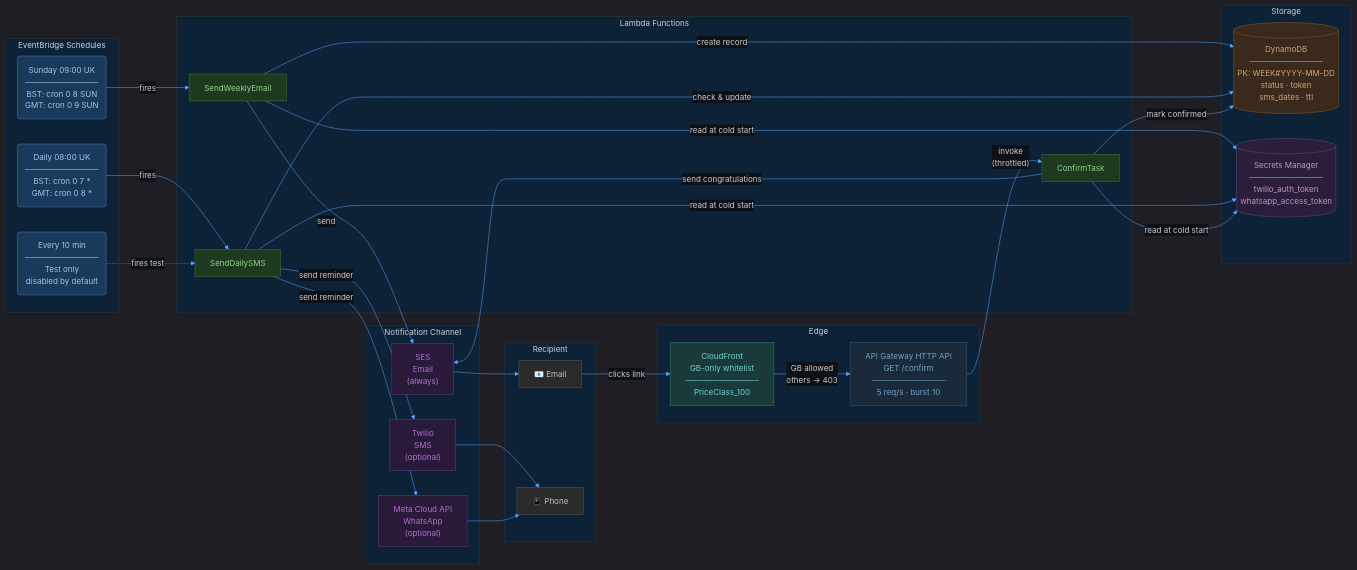
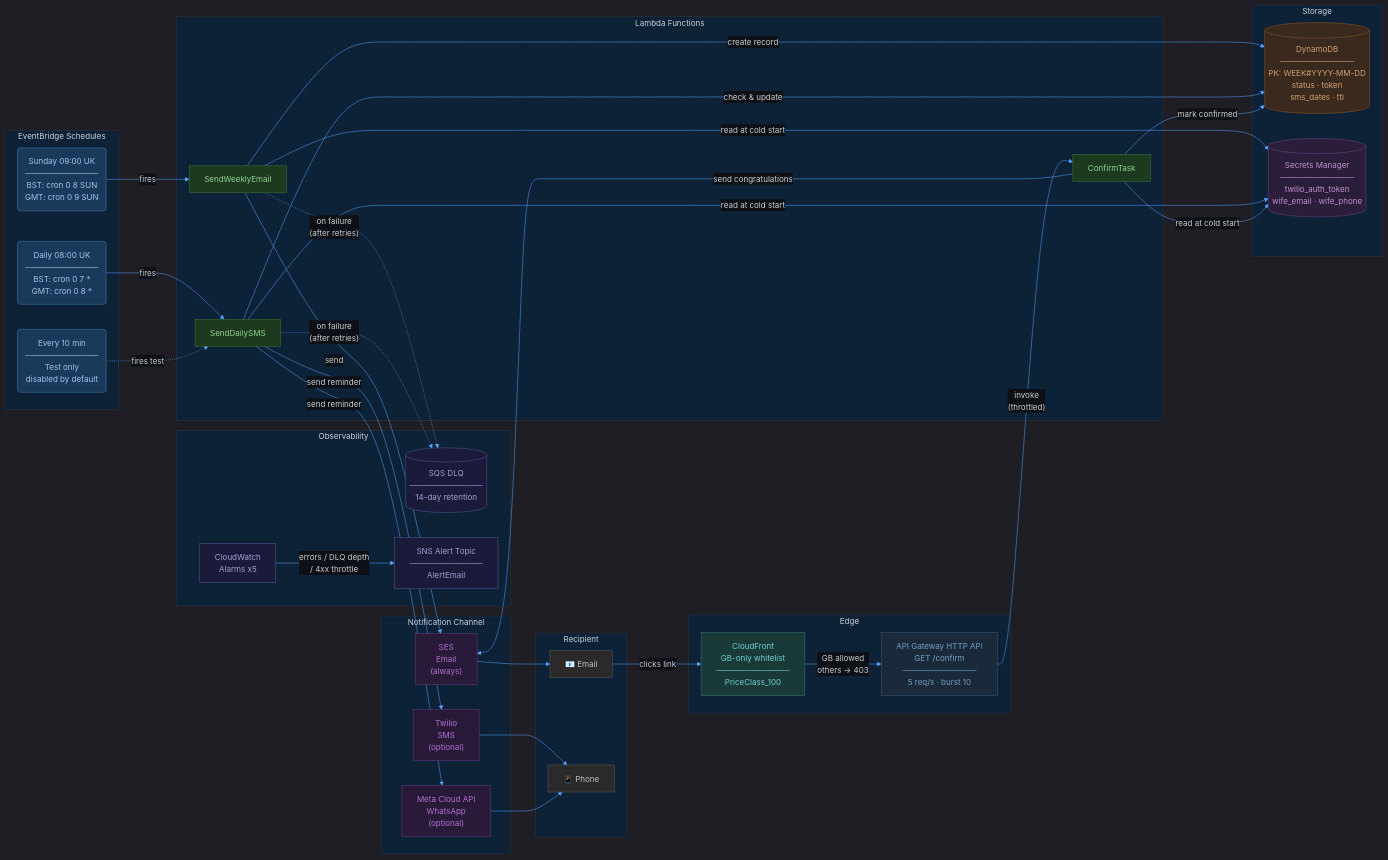
Before and after one commit to baldrickuk/washingmachine-notifications: the first of 11 diagrams in docs/architecture.md, drawn with Mermaid. The commit also changed other lines of this file and 1 other file, not shown here.

First line of the commit message:
Update architecture and threat model for observability additions

````diff
--- a/docs/architecture.md
+++ b/docs/architecture.md
@@ -24,7 +24,13 @@
 
     subgraph store ["  Storage  "]
         DB[("DynamoDB\n─────────────\nPK: WEEK#YYYY-MM-DD\nstatus · token\nsms_dates · ttl")]
-        SM[("Secrets Manager\n─────────────\ntwilio_auth_token\nwhatsapp_access_token")]
+        SM[("Secrets Manager\n─────────────\ntwilio_auth_token\nwife_email · wife_phone")]
+    end
+
+    subgraph ops ["  Observability  "]
+        DLQ[("SQS DLQ\n─────────────\n14-day retention")]
+        CW["CloudWatch\nAlarms x5"]
+        STOPIC["SNS Alert Topic\n─────────────\nAlertEmail"]
     end
 
     subgraph edge ["  Edge  "]
@@ -56,6 +62,9 @@
     L3 -->|mark confirmed| DB
     L3 -->|send congratulations| SES
 
+    L1 & L2 -.->|"on failure\n(after retries)"| DLQ
+    CW -->|"errors / DLQ depth\n/ 4xx throttle"| STOPIC
+
     SES --> EM
     TW --> PH
     WA --> PH
@@ -71,6 +80,7 @@
     classDef edge fill:#1a3a3a,stroke:#3a7a7a,color:#70d0d0
     classDef gateway fill:#1a2a3a,stroke:#3a5a7a,color:#70a0c0
     classDef person fill:#2a2a2a,stroke:#5a5a5a,color:#c0c0c0
+    classDef obsv fill:#1a1a3a,stroke:#5a5a9a,color:#a0a0d0
 
     class EB1,EB2,EB3 schedule
     class L1,L2,L3 fn
@@ -80,4 +90,5 @@
     class CF edge
     class GW gateway
     class EM,PH person
+    class DLQ,CW,STOPIC obsv
 ```
````
